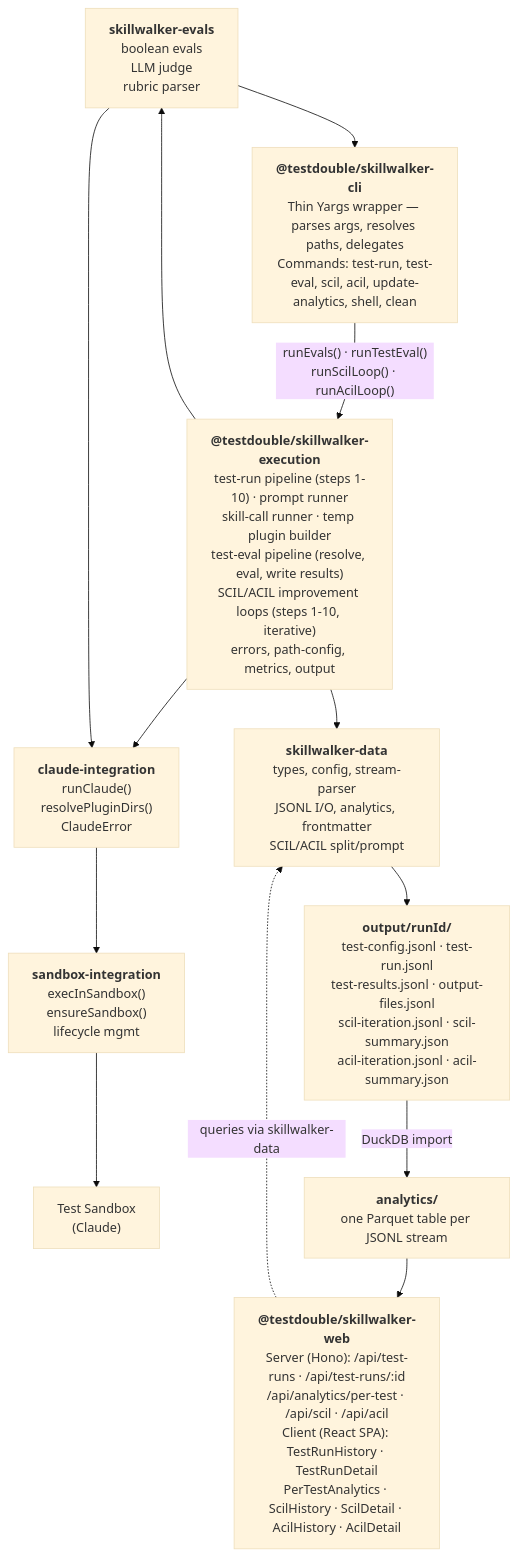
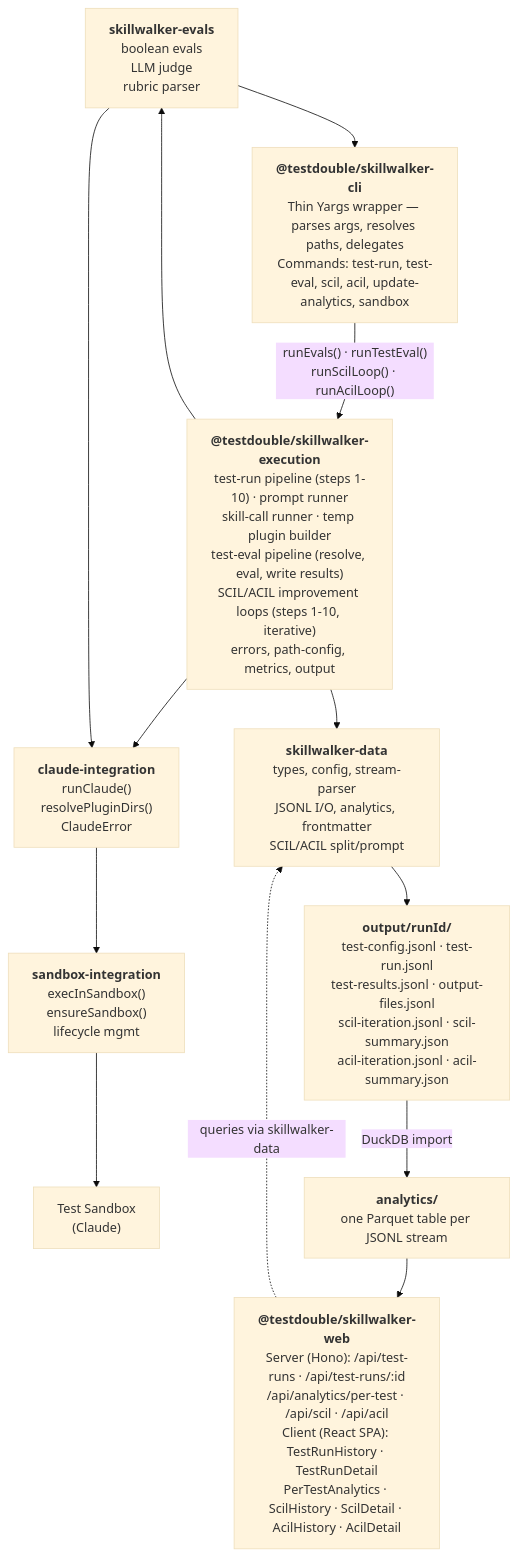
Before and after one commit to testdouble/skills-test-harness: the first of 5 diagrams in docs/skillwalker-architecture.md, drawn with Mermaid (base theme). The commit also changed other lines of this file and 5 other files, not shown here.

````diff
--- a/docs/skillwalker-architecture.md
+++ b/docs/skillwalker-architecture.md
@@ -31,33 +31,33 @@
 ```mermaid
 flowchart TB
     evals["evals/<br>eval-a/tests.json<br>eval-b/tests.json<br>..."]
 
-    cli["<b>@testdouble/skillwalker-cli</b><br>Thin Yargs wrapper — parses args, resolves paths, delegates<br>Commands: test-run, test-eval, scil, acil, update-analytics, shell, clean"]
+    cli["<b>@testdouble/skillwalker-cli</b><br>Thin Yargs wrapper — parses args, resolves paths, delegates<br>Commands: test-run, test-eval, scil, acil, update-analytics, sandbox"]
 
     exec["<b>@testdouble/skillwalker-execution</b><br>test-run pipeline (steps 1-10) · prompt runner<br>skill-call runner · temp plugin builder<br>test-eval pipeline (resolve, eval, write results)<br>SCIL/ACIL improvement loops (steps 1-10, iterative)<br>errors, path-config, metrics, output"]
 
     evals["<b>skillwalker-evals</b><br>boolean evals<br>LLM judge<br>rubric parser"]
     claude["<b>claude-integration</b><br>runClaude()<br>resolvePluginDirs()<br>ClaudeError"]
     data["<b>skillwalker-data</b><br>types, config, stream-parser<br>JSONL I/O, analytics, frontmatter<br>SCIL/ACIL split/prompt"]
 
     sandboxPkg["<b>sandbox-integration</b><br>execInSandbox()<br>ensureSandbox()<br>lifecycle mgmt"]
     sandbox["Test Sandbox<br>(Claude)"]
 
     output["<b>output/runId/</b><br>test-config.jsonl · test-run.jsonl<br>test-results.jsonl · output-files.jsonl<br>scil-iteration.jsonl · scil-summary.json<br>acil-iteration.jsonl · acil-summary.json"]
     analytics["<b>analytics/</b><br>one Parquet table per JSONL stream"]
 
     web["<b>@testdouble/skillwalker-web</b><br>Server (Hono): /api/test-runs · /api/test-runs/:id<br>/api/analytics/per-test · /api/scil · /api/acil<br>Client (React SPA): TestRunHistory · TestRunDetail<br>PerTestAnalytics · ScilHistory · ScilDetail · AcilHistory · AcilDetail"]
 
     evals --> cli
     cli -->|"runEvals() · runTestEval()<br>runScilLoop() · runAcilLoop()"| exec
     exec --> evals
     exec --> claude
     exec --> data
     evals --> claude
     claude --> sandboxPkg
     sandboxPkg --> sandbox
     data --> output
     output -->|"DuckDB import"| analytics
     analytics --> web
     web -.->|"queries via skillwalker-data"| data
 ```
````
